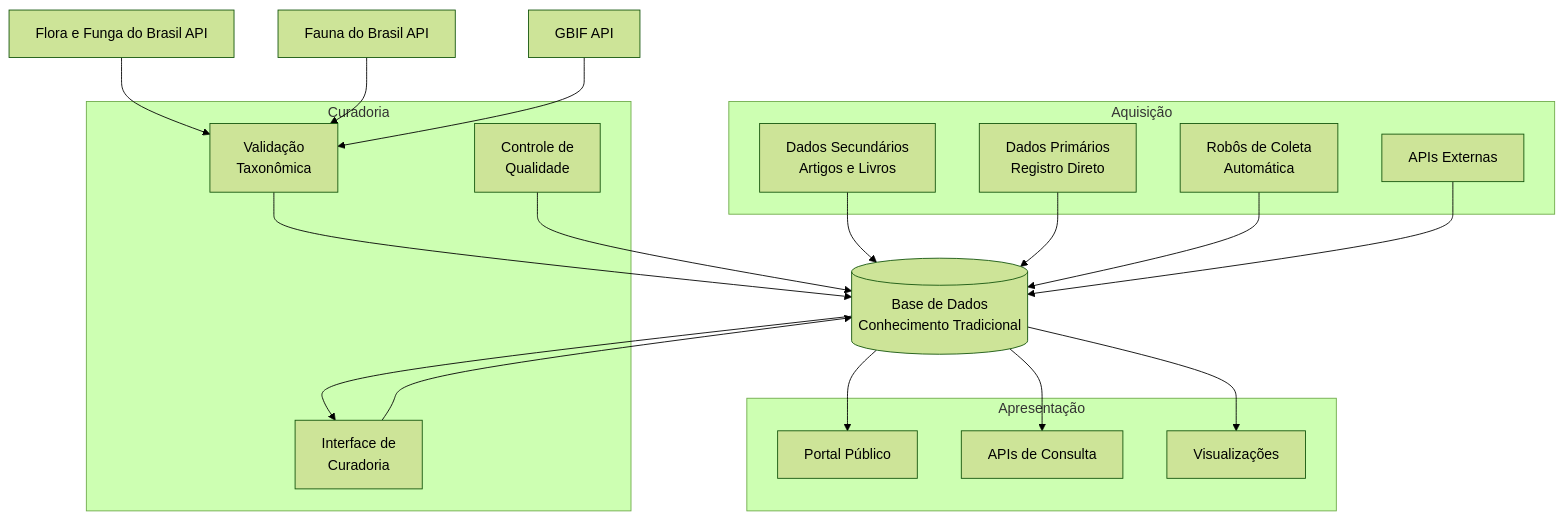
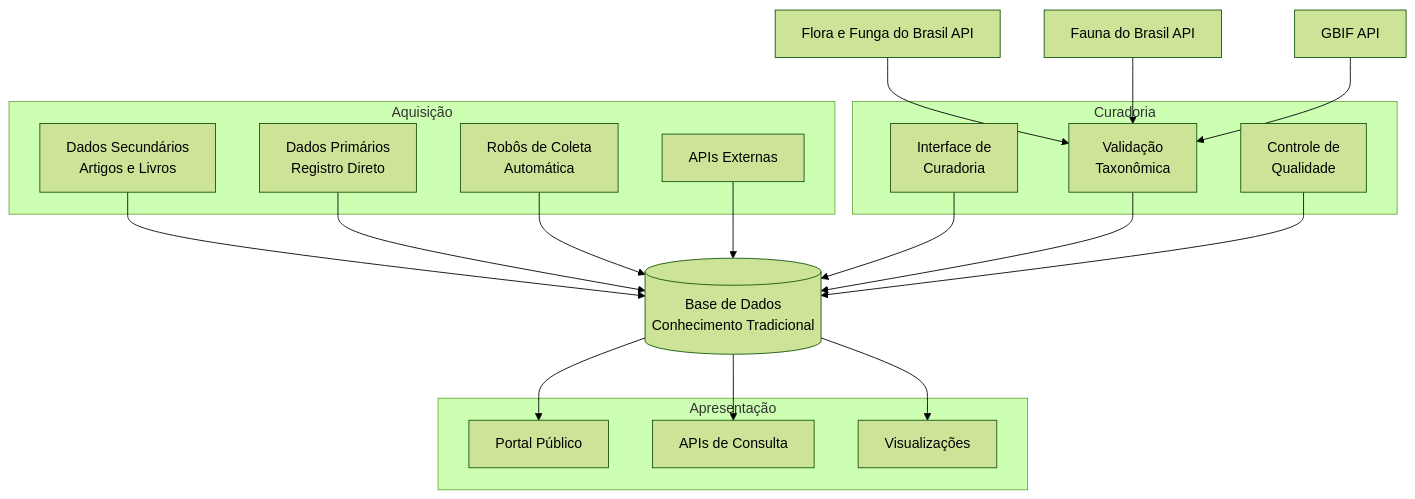
The first of 3 diagrams in README.md (edalcin/etnoArquitetura), drawn with Mermaid (forest theme) before and after one commit.

Commit message:
Update README.md diagram - minor cleanup in Mermaid context diagram
- Remove redundant database connection in acquisition context diagram
- Maintains logical flow while cleaning up unnecessary edges

🤖 Generated with [Claude Code](https://claude.com/claude-code)

````diff
--- a/README.md
+++ b/README.md
@@ -80,41 +80,40 @@
 ```mermaid
 graph TB
     subgraph Aquisição
         A1[Dados Secundários<br/>Artigos e Livros]
         A2[Dados Primários<br/>Registro Direto]
         A3[Robôs de Coleta<br/>Automática]
         A4[APIs Externas]
     end
 
     subgraph Curadoria
         C1[Interface de<br/>Curadoria]
         C2[Validação<br/>Taxonômica]
         C3[Controle de<br/>Qualidade]
     end
 
     subgraph Apresentação
         P1[Portal Público]
         P2[APIs de Consulta]
         P3[Visualizações]
     end
 
     DB[(Base de Dados<br/>Conhecimento Tradicional)]
 
     A1 --> DB
     A2 --> DB
     A3 --> DB
     A4 --> DB
 
-    DB --> C1
     C1 --> DB
     C2 --> DB
     C3 --> DB
 
     DB --> P1
     DB --> P2
     DB --> P3
 
     EXT1[Flora e Funga do Brasil API] --> C2
     EXT2[Fauna do Brasil API] --> C2
     EXT3[GBIF API] --> C2
 ```
````
